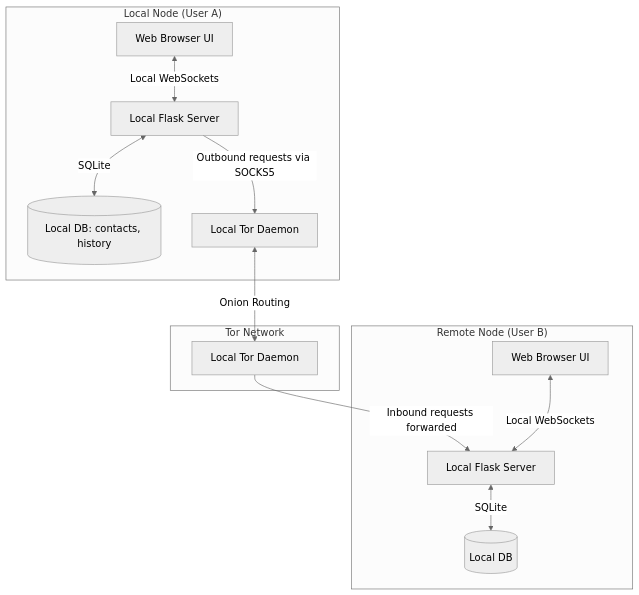
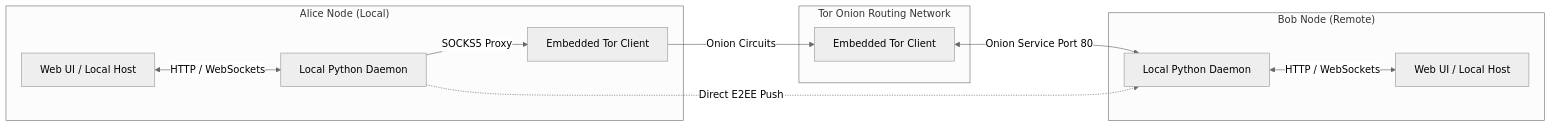
Before and after one commit to aryansinghnagar/AnonyMus: the diagram in README.md, drawn with Mermaid (neutral theme). The commit also changed other lines of this file and 37 other files, not shown here.

````diff
--- a/README.md
+++ b/README.md
@@ -13,18 +13,18 @@
 ```mermaid
-graph TD
-    subgraph "Local Node (User A)"
-        A1[Web Browser UI] <-->|Local WebSockets| A2[Local Flask Server]
-        A2 <-->|SQLite| A3[(Local DB: contacts, history)]
-        A2 -->|Outbound requests via SOCKS5| A4[Local Tor Daemon]
+graph LR
+    subgraph "Alice Node (Local)"
+        A1[Web UI / Local Host] <-->|HTTP / WebSockets| A2[Local Python Daemon]
+        A2 -->|SOCKS5 Proxy| A3[Embedded Tor Client]
     end
 
-    subgraph "Tor Network"
-        A4 <-->|Onion Routing| B4[Local Tor Daemon]
+    subgraph "Tor Onion Routing Network"
+        A3 -->|Onion Circuits| B3[Embedded Tor Client]
     end
 
-    subgraph "Remote Node (User B)"
-        B4 -->|Inbound requests forwarded| B2[Local Flask Server]
-        B2 <-->|SQLite| B3[(Local DB)]
-        B1[Web Browser UI] <-->|Local WebSockets| B2
+    subgraph "Bob Node (Remote)"
+        B3 <-->|Onion Service Port 80| B2[Local Python Daemon]
+        B2 <-->|HTTP / WebSockets| B1[Web UI / Local Host]
     end
+
+    A2 -.->|Direct E2EE Push| B2
 ```
````
